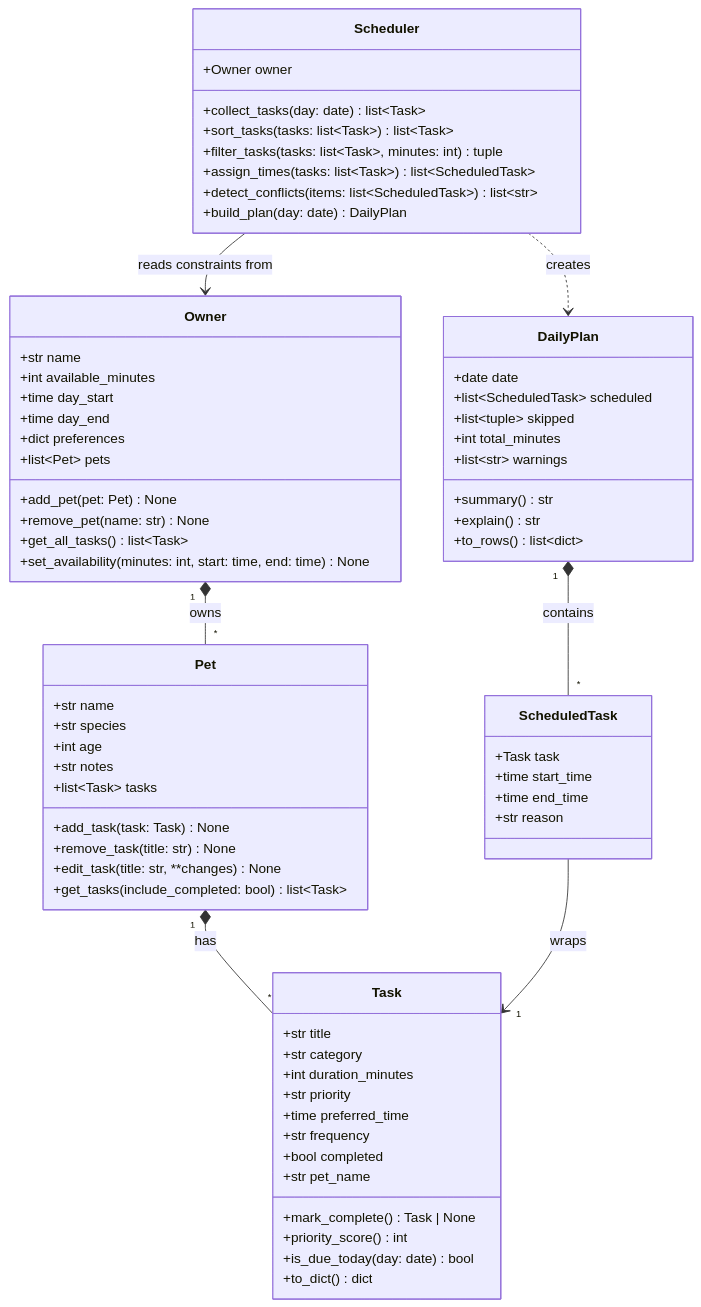
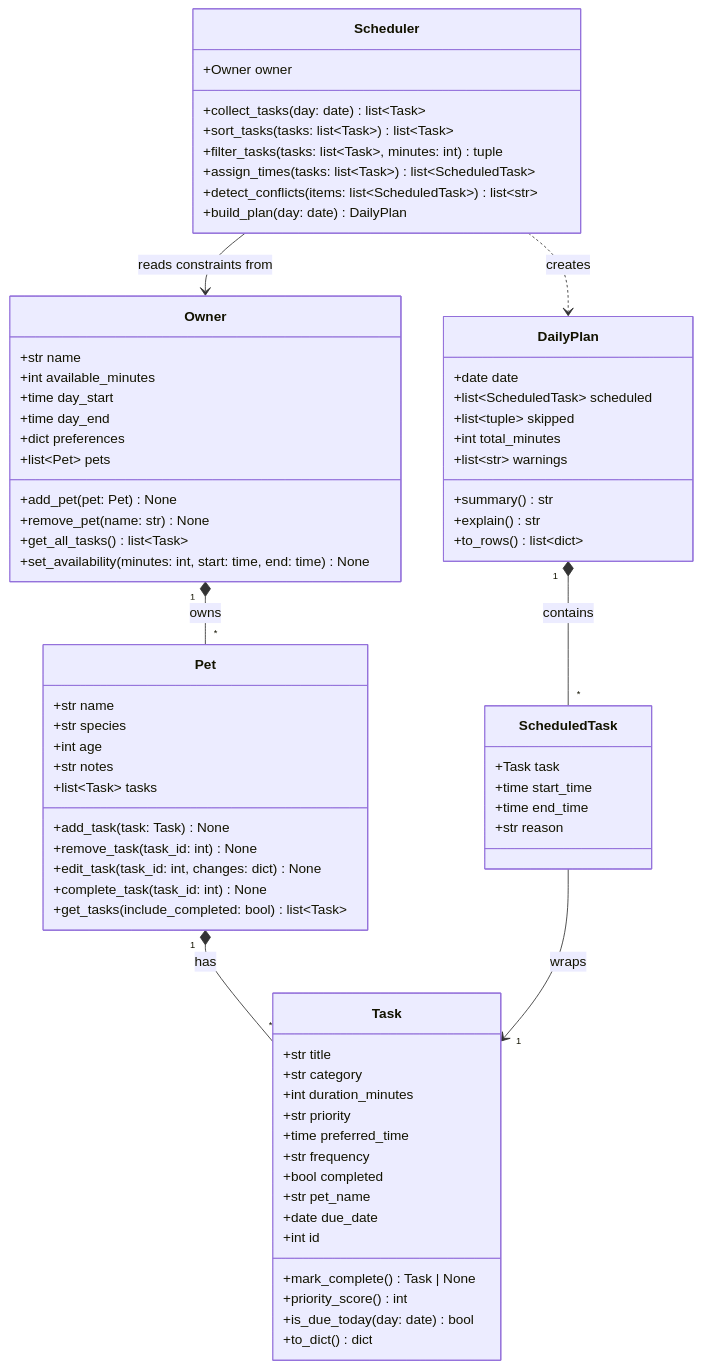
Before and after one commit to alexreifel/ai110-module2show-pawpal-starter: the diagram in diagrams/uml.mmd, drawn with Mermaid. The commit also changed 6 other files, not shown here.

```diff
--- a/diagrams/uml.mmd
+++ b/diagrams/uml.mmd
@@ -1,77 +1,80 @@
 classDiagram
     %% Keep this file updated so it matches your final implementation.
 
     class Owner {
         +str name
         +int available_minutes
         +time day_start
         +time day_end
         +dict preferences
         +list~Pet~ pets
         +add_pet(pet: Pet) None
         +remove_pet(name: str) None
         +get_all_tasks() list~Task~
         +set_availability(minutes: int, start: time, end: time) None
     }
 
     class Pet {
         +str name
         +str species
         +int age
         +str notes
         +list~Task~ tasks
         +add_task(task: Task) None
-        +remove_task(title: str) None
-        +edit_task(title: str, **changes) None
+        +remove_task(task_id: int) None
+        +edit_task(task_id: int, changes: dict) None
+        +complete_task(task_id: int) None
         +get_tasks(include_completed: bool) list~Task~
     }
 
     class Task {
         +str title
         +str category
         +int duration_minutes
         +str priority
         +time preferred_time
         +str frequency
         +bool completed
         +str pet_name
+        +date due_date
+        +int id
         +mark_complete() Task | None
         +priority_score() int
         +is_due_today(day: date) bool
         +to_dict() dict
     }
 
     class Scheduler {
         +Owner owner
         +collect_tasks(day: date) list~Task~
         +sort_tasks(tasks: list~Task~) list~Task~
         +filter_tasks(tasks: list~Task~, minutes: int) tuple
         +assign_times(tasks: list~Task~) list~ScheduledTask~
         +detect_conflicts(items: list~ScheduledTask~) list~str~
         +build_plan(day: date) DailyPlan
     }
 
     class ScheduledTask {
         +Task task
         +time start_time
         +time end_time
         +str reason
     }
 
     class DailyPlan {
         +date date
         +list~ScheduledTask~ scheduled
         +list~tuple~ skipped
         +int total_minutes
         +list~str~ warnings
         +summary() str
         +explain() str
         +to_rows() list~dict~
     }
 
     Owner "1" *-- "*" Pet : owns
     Pet "1" *-- "*" Task : has
     Scheduler --> Owner : reads constraints from
     Scheduler ..> DailyPlan : creates
     DailyPlan "1" *-- "*" ScheduledTask : contains
     ScheduledTask --> "1" Task : wraps
```
